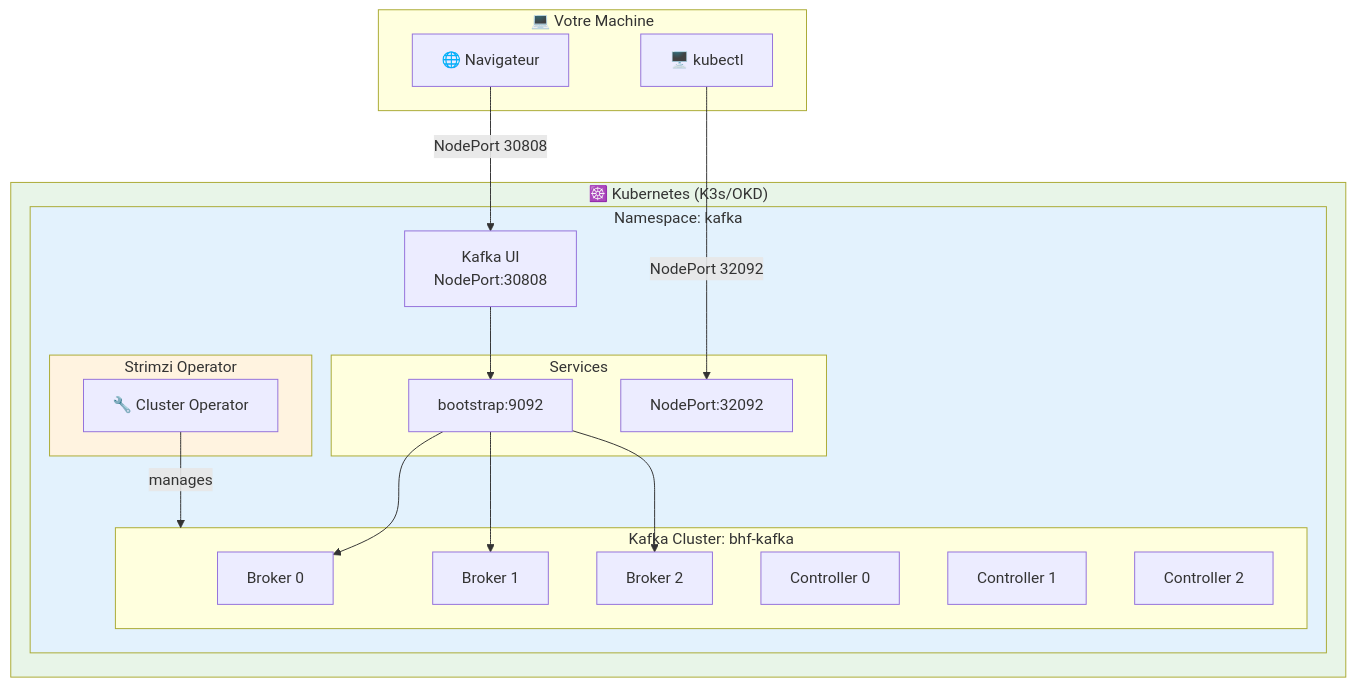
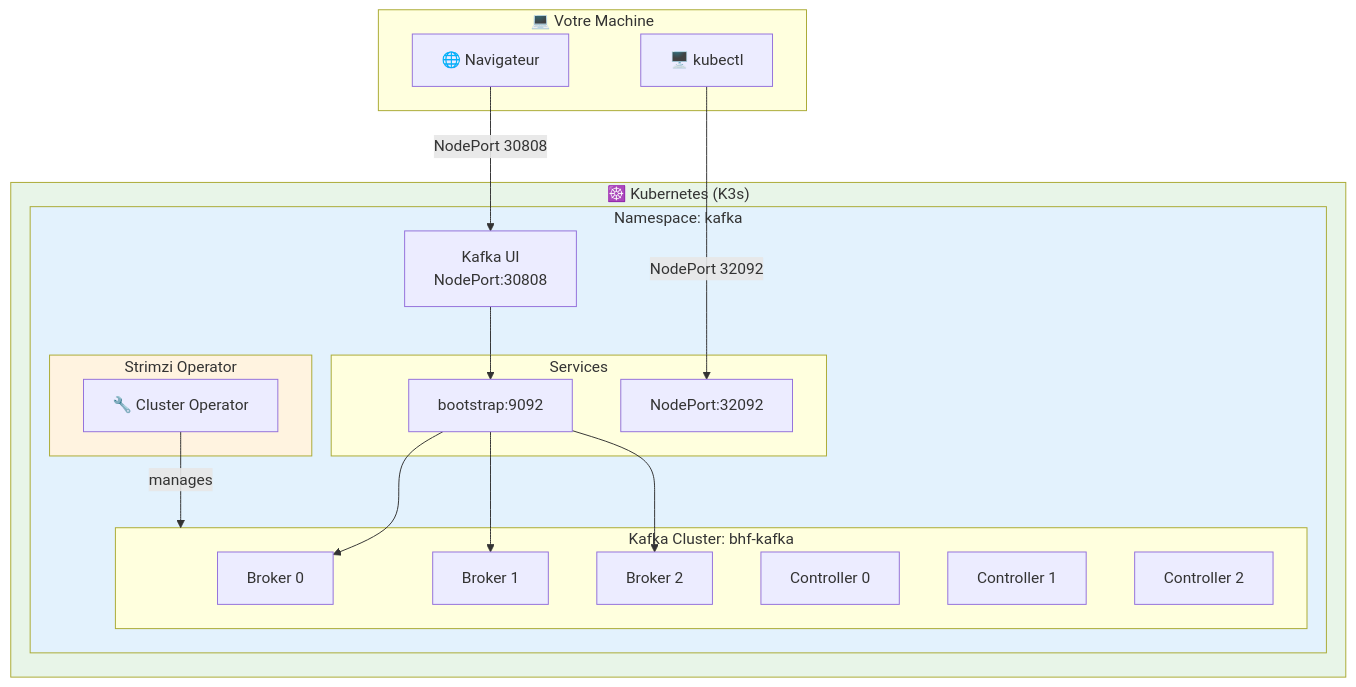
Diagram 17 of 18 in day-01-foundations/module-01-cluster/README.md (msellamiTN/formation--kafka-dotnet), drawn with Mermaid before and after one commit. The commit also changed other lines of this file, not shown here.

````diff
--- a/day-01-foundations/module-01-cluster/README.md
+++ b/day-01-foundations/module-01-cluster/README.md
@@ -534,41 +534,41 @@
 ```mermaid
 flowchart TB
-    subgraph K8s["☸️ Kubernetes (K3s/OKD)"]
+    subgraph K8s["☸️ Kubernetes (K3s)"]
         subgraph KafkaNS["Namespace: kafka"]
             subgraph Strimzi["Strimzi Operator"]
                 SO["🔧 Cluster Operator"]
             end
             
             subgraph KafkaCluster["Kafka Cluster: bhf-kafka"]
                 B0["Broker 0"]
                 B1["Broker 1"]
                 B2["Broker 2"]
                 C0["Controller 0"]
                 C1["Controller 1"]
                 C2["Controller 2"]
             end
             
             subgraph Services["Services"]
                 Bootstrap["bootstrap:9092"]
                 External["NodePort:32092"]
             end
             
             KUI["Kafka UI<br/>NodePort:30808"]
         end
     end
     
     subgraph Host["💻 Votre Machine"]
         Kubectl["🖥️ kubectl"]
         Browser["🌐 Navigateur"]
     end
     
     SO -->|"manages"| KafkaCluster
     Kubectl -->|"NodePort 32092"| External
     Browser -->|"NodePort 30808"| KUI
     KUI --> Bootstrap
     Bootstrap --> B0 & B1 & B2
     
     style K8s fill:#e8f5e8
     style KafkaNS fill:#e3f2fd
     style Strimzi fill:#fff3e0
 ```
````
